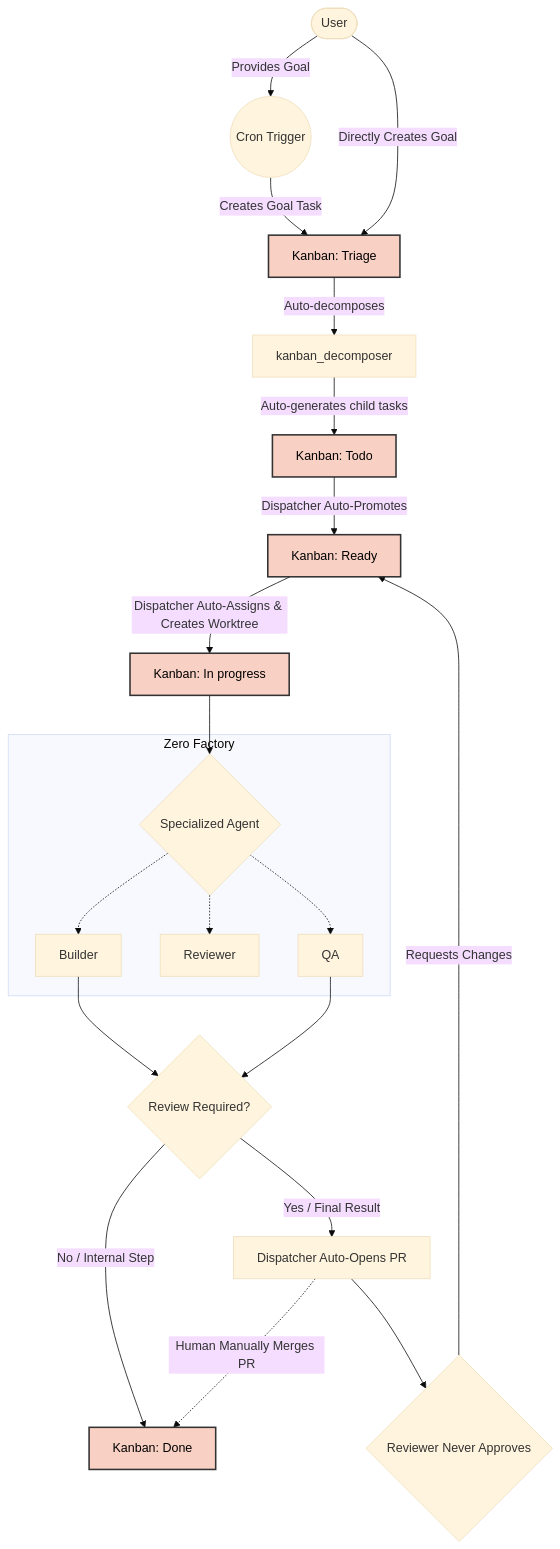
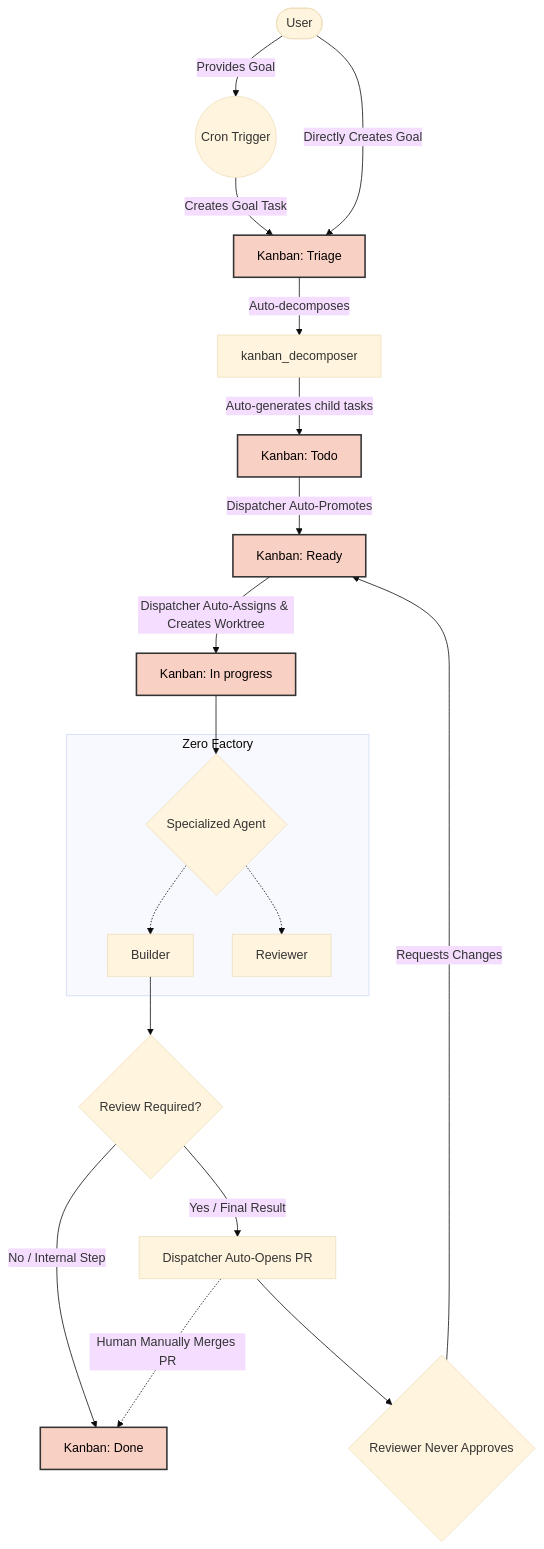
One commit to hotcode-dev/zerofactory changed the diagram in README.md. Above: the diagram before and after it, drawn with Mermaid (base theme). The commit also changed other lines of this file and 6 other files, not shown here.

````diff
--- a/README.md
+++ b/README.md
@@ -36,39 +34,35 @@
 ```mermaid
 graph TD
     classDef kanban fill:#f9d0c4,stroke:#333,stroke-width:2px,color:#000;
     
     User([User]) -->|Provides Goal| Cron((Cron Trigger))
     Cron -->|Creates Goal Task| Triage[Kanban: Triage]:::kanban
     
     User -->|Directly Creates Goal| Triage
     
     Triage -->|Auto-decomposes| Decomposer[kanban_decomposer]
     Decomposer -->|Auto-generates child tasks| Todo[Kanban: Todo]:::kanban
     
     Todo -->|Dispatcher Auto-Promotes| Ready[Kanban: Ready]:::kanban
     
     Ready -->|Dispatcher Auto-Assigns & Creates Worktree| InProgress[Kanban: In progress]:::kanban
     
     InProgress --> AgentWork{Specialized Agent}
     
     subgraph Zero Factory
-
         AgentWork -.-> Builder
         AgentWork -.-> Reviewer
-        AgentWork -.-> QA
     end
     
-
     Builder --> TaskComplete
-    QA --> TaskComplete
     
     TaskComplete{Review Required?}
     TaskComplete -->|No / Internal Step| Done[Kanban: Done]:::kanban
     
     TaskComplete -->|Yes / Final Result| PR[Dispatcher Auto-Opens PR]
     
     PR --> ReviewerLoop{Reviewer Never Approves}
     ReviewerLoop -->|Requests Changes| Ready
     
     PR -.->|Human Manually Merges PR| Done
 ```
````
